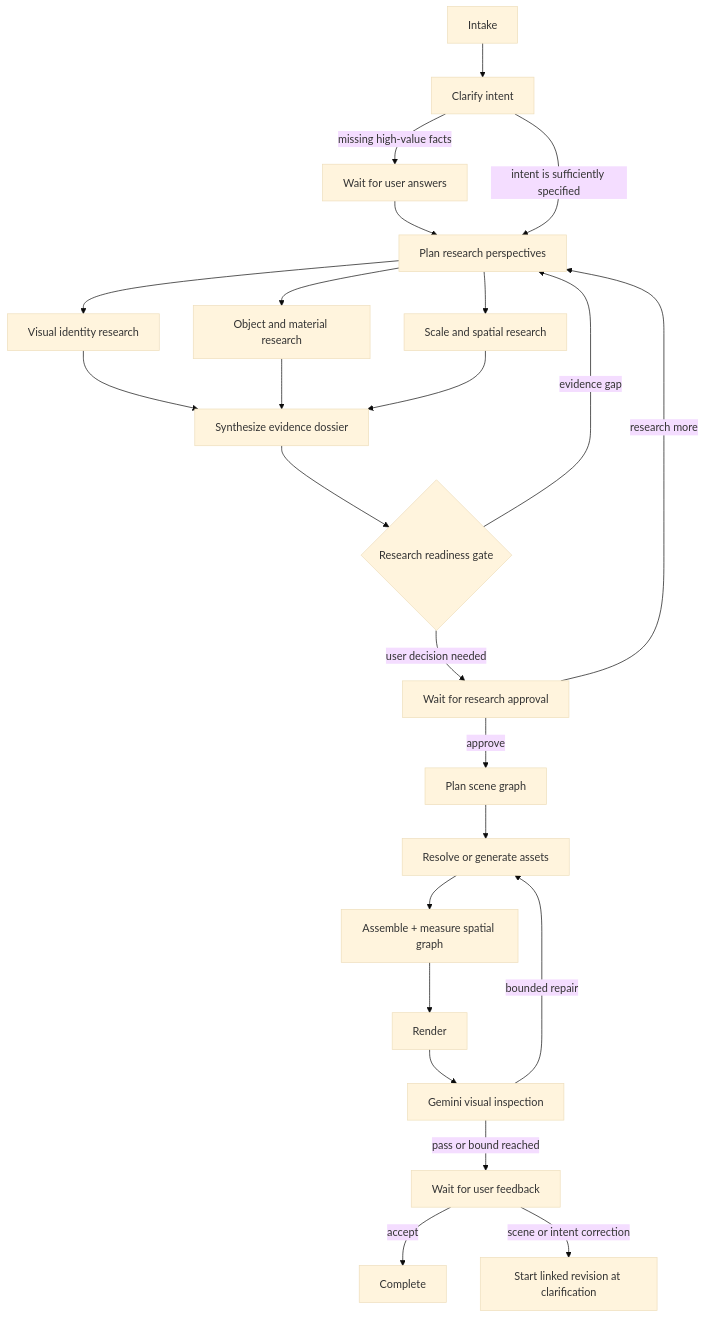
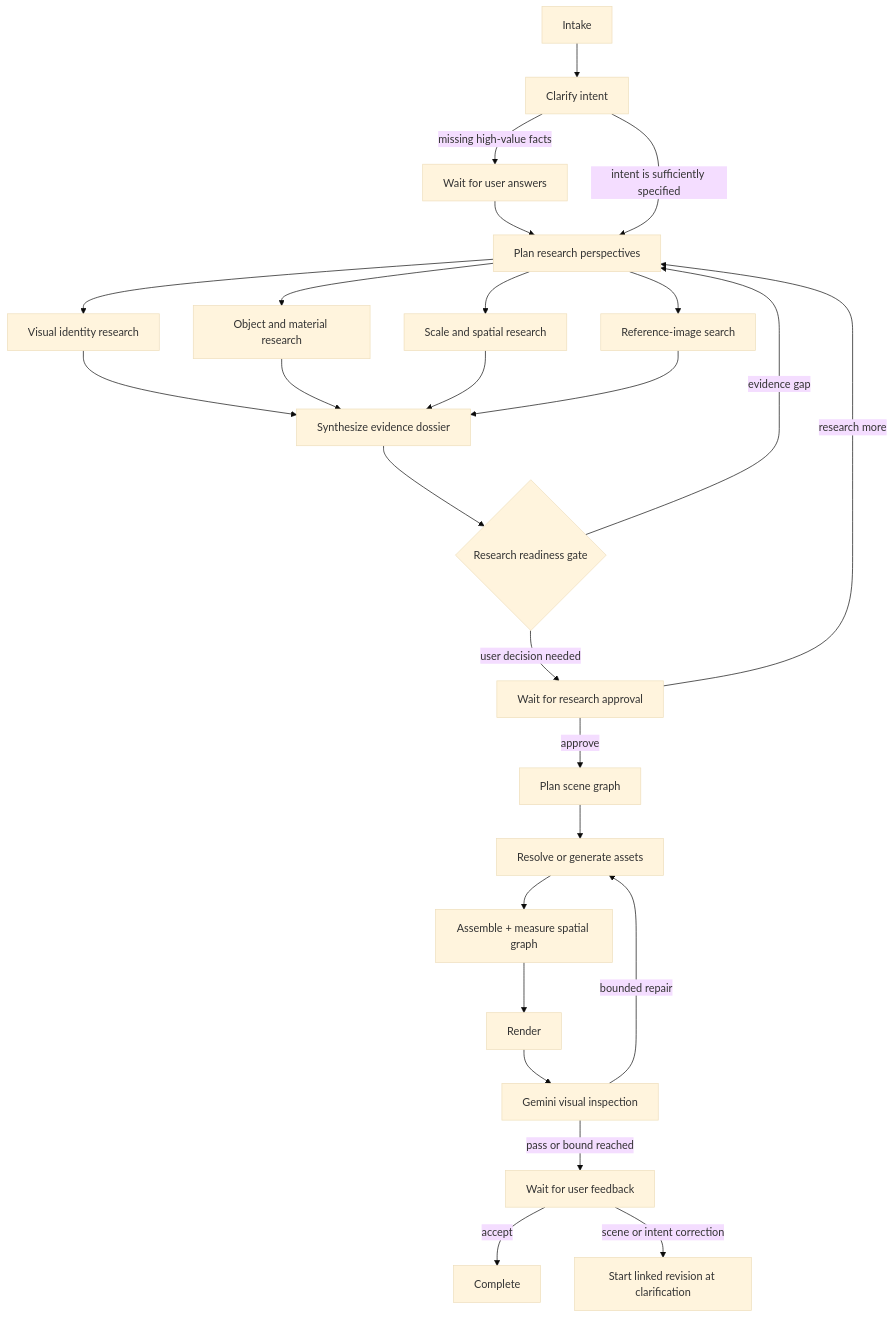
One commit to manuu-r/seein changed the diagram in docs/AGENT_GRAPH.md. Above: the diagram before and after it, drawn with Mermaid (base theme). The commit also changed other lines of this file and 26 other files, not shown here.

First line of the commit message:
Add grounded reference-image search workflow

````diff
--- a/docs/AGENT_GRAPH.md
+++ b/docs/AGENT_GRAPH.md
@@ -15,26 +15,28 @@
 ```mermaid
 flowchart TD
     A["Intake"] --> B["Clarify intent"]
     B -->|"missing high-value facts"| C["Wait for user answers"]
     C --> D
     B -->|"intent is sufficiently specified"| D["Plan research perspectives"]
     D --> E1["Visual identity research"]
     D --> E2["Object and material research"]
     D --> E3["Scale and spatial research"]
+    D --> E4["Reference-image search"]
     E1 --> F["Synthesize evidence dossier"]
     E2 --> F
     E3 --> F
+    E4 --> F
     F --> G{"Research readiness gate"}
     G -->|"evidence gap"| D
     G -->|"user decision needed"| H["Wait for research approval"]
     H -->|"research more"| D
     H -->|"approve"| I["Plan scene graph"]
     I --> J["Resolve or generate assets"]
     J --> K["Assemble + measure spatial graph"]
     K --> L["Render"]
     L --> M["Gemini visual inspection"]
     M -->|"bounded repair"| J
     M -->|"pass or bound reached"| N["Wait for user feedback"]
     N -->|"accept"| O["Complete"]
     N -->|"scene or intent correction"| P["Start linked revision at clarification"]
 ```
````
